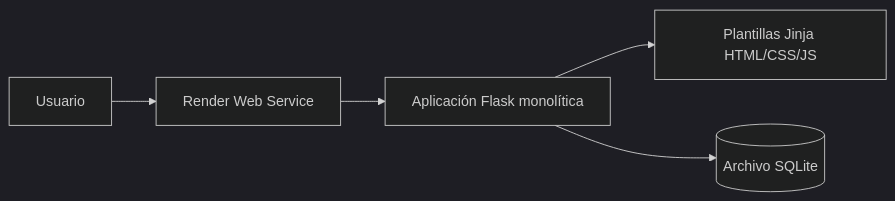
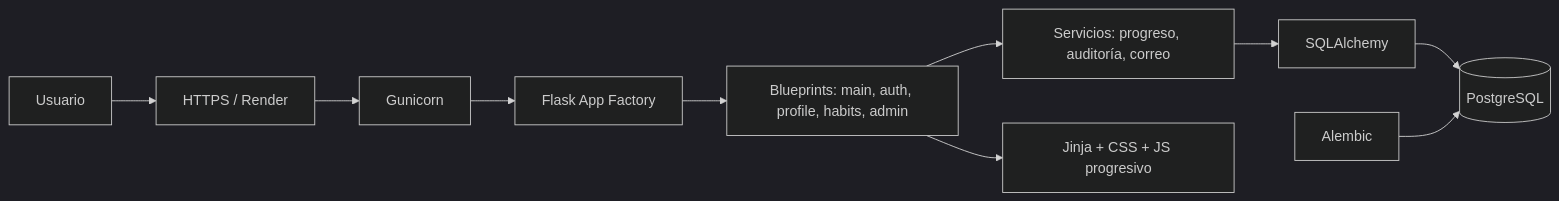
One commit to juandigira17111980/vitalilab-profesional changed the diagram in docs/01_DOCUMENTO_MAESTRO_TECNICO.md. Above: the diagram before and after it, drawn with Mermaid (dark theme). The commit also changed other lines of this file and 19 other files, not shown here.

````diff
--- a/docs/01_DOCUMENTO_MAESTRO_TECNICO.md
+++ b/docs/01_DOCUMENTO_MAESTRO_TECNICO.md
@@ -45,7 +35,12 @@
 ```mermaid
 flowchart LR
-    U[Usuario] --> R[Render Web Service]
-    R --> F[Aplicación Flask monolítica]
-    F --> J[Plantillas Jinja HTML/CSS/JS]
-    F --> S[(Archivo SQLite)]
+    U[Usuario] --> HTTPS[HTTPS / Render]
+    HTTPS --> W[Gunicorn]
+    W --> F[Flask App Factory]
+    F --> M[Blueprints: main, auth, profile, habits, admin]
+    M --> S[Servicios: progreso, auditoría, correo]
+    S --> ORM[SQLAlchemy]
+    ORM --> P[(PostgreSQL)]
+    M --> J[Jinja + CSS + JS progresivo]
+    A[Alembic] --> P
 ```
````
